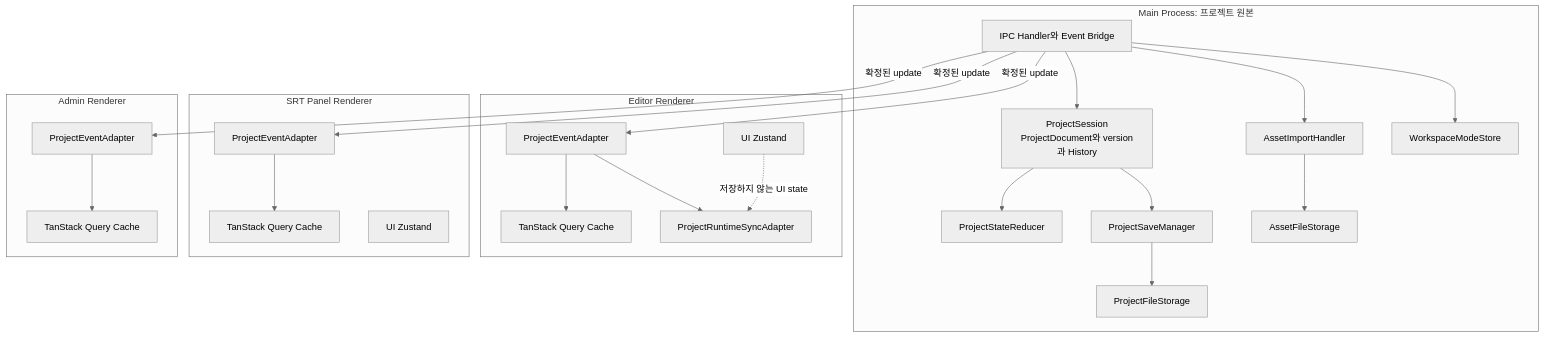
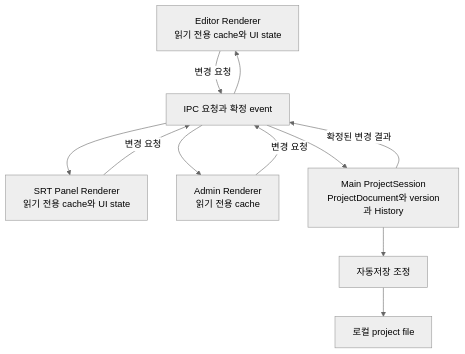
Before and after one commit to whizzkid1452/blog: the diagram in content/posts/electron-main-process-project-ssot.md, drawn with Mermaid (neutral theme). The commit also changed other lines of this file and 6 other files, not shown here.

````diff
--- a/content/posts/electron-main-process-project-ssot.md
+++ b/content/posts/electron-main-process-project-ssot.md
@@ -177,48 +189,22 @@
 ```mermaid
 flowchart TB
-  subgraph Main["Main Process: 프로젝트 원본"]
-    IPC["IPC Handler와 Event Bridge"]
-    Session["ProjectSession\nProjectDocument와 version과 History"]
-    Reducer["ProjectStateReducer"]
-    SaveManager["ProjectSaveManager"]
-    FileStorage["ProjectFileStorage"]
-    AssetHandler["AssetImportHandler"]
-    AssetStorage["AssetFileStorage"]
-    Mode["WorkspaceModeStore"]
+  Editor["Editor Renderer\n읽기 전용 cache와 UI state"]
+  Script["SRT Panel Renderer\n읽기 전용 cache와 UI state"]
+  Admin["Admin Renderer\n읽기 전용 cache"]
 
-    IPC --> Session
-    Session --> Reducer
-    Session --> SaveManager
-    SaveManager --> FileStorage
-    IPC --> AssetHandler
-    AssetHandler --> AssetStorage
-    IPC --> Mode
-  end
+  IPC["IPC 요청과 확정 event"]
+  Session["Main ProjectSession\nProjectDocument와 version과 History"]
+  Save["자동저장 조정"]
+  File["로컬 project file"]
 
-  subgraph Editor["Editor Renderer"]
-    EditorAdapter["ProjectEventAdapter"]
-    EditorCache["TanStack Query Cache"]
-    EditorRuntime["ProjectRuntimeSyncAdapter"]
-    EditorUi["UI Zustand"]
-  end
-
-  subgraph Script["SRT Panel Renderer"]
-    ScriptAdapter["ProjectEventAdapter"]
-    ScriptCache["TanStack Query Cache"]
-    ScriptUi["UI Zustand"]
-  end
-
-  subgraph Admin["Admin Renderer"]
-    AdminAdapter["ProjectEventAdapter"]
-    AdminCache["TanStack Query Cache"]
-  end
-
-  IPC -->|"확정된 update"| EditorAdapter
-  IPC -->|"확정된 update"| ScriptAdapter
-  IPC -->|"확정된 update"| AdminAdapter
-  EditorAdapter --> EditorCache
-  EditorAdapter --> EditorRuntime
-  ScriptAdapter --> ScriptCache
-  AdminAdapter --> AdminCache
-  EditorUi -. "저장하지 않는 UI state" .-> EditorRuntime
+  Editor -->|"변경 요청"| IPC
+  Script -->|"변경 요청"| IPC
+  Admin -->|"변경 요청"| IPC
+  IPC --> Session
+  Session -->|"확정된 변경 결과"| IPC
+  IPC --> Editor
+  IPC --> Script
+  IPC --> Admin
+  Session --> Save
+  Save --> File
 ```
````
